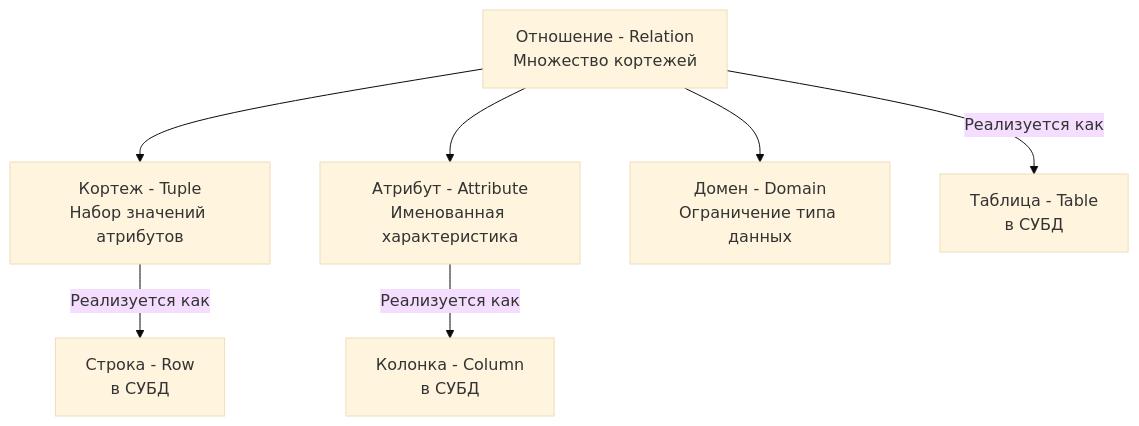
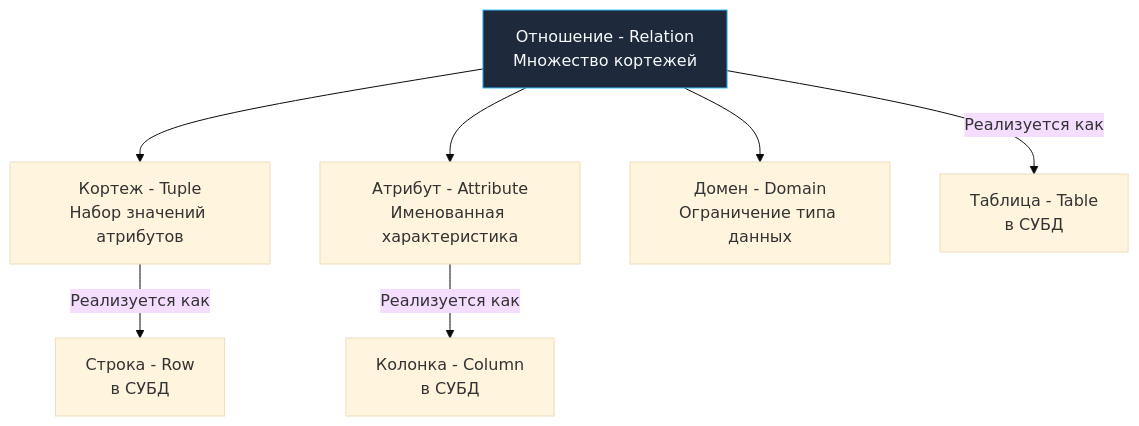
The diagram in sources/12. Базы данных/01. Введение и фундамент/4. Реляционная модель данных. Основы.md (UnrealTemplier/go-textbook), drawn with Mermaid (base theme) before and after one commit. The commit also changed 1666 other files, not shown here.

First line of the commit message:
feat(mermaid): add semantic color classDef to 1369 colorless flowchart/graph diagrams

````diff
--- a/sources/12. Базы данных/01. Введение и фундамент/4. Реляционная модель данных. Основы.md
+++ b/sources/12. Базы данных/01. Введение и фундамент/4. Реляционная модель данных. Основы.md
@@ -23,11 +23,21 @@
 ```mermaid
 flowchart TD
-    Rel["Отношение - Relation<br>Множество кортежей"]
+    classDef process  fill:#1e293b,stroke:#38bdf8,stroke-width:1px,color:#f8fafc
+    classDef success  fill:#064e3b,stroke:#34d399,stroke-width:1px,color:#f8fafc
+    classDef error    fill:#7f1d1d,stroke:#f87171,stroke-width:1px,color:#f8fafc
+    classDef warning  fill:#78350f,stroke:#fbbf24,stroke-width:1px,color:#f8fafc
+    classDef entry    fill:#1e3a5f,stroke:#38bdf8,stroke-width:2px,color:#f8fafc
+    classDef aux      fill:#334155,stroke:#64748b,stroke-width:1px,color:#f8fafc
+    classDef system   fill:#312e81,stroke:#a78bfa,stroke-width:1px,color:#f8fafc
+    classDef data     fill:#132d29,stroke:#2dd4bf,stroke-width:1px,color:#f8fafc
+    classDef network  fill:#881337,stroke:#fb7185,stroke-width:1px,color:#f8fafc
+    classDef accent   fill:#1e1b4b,stroke:#818cf8,stroke-width:1px,color:#f8fafc
+    Rel["Отношение - Relation<br>Множество кортежей"]:::process
     Rel --> Tuple["Кортеж - Tuple<br>Набор значений атрибутов"]
     Rel --> Attr["Атрибут - Attribute<br>Именованная характеристика"]
     Rel --> Domain["Домен - Domain<br>Ограничение типа данных"]
     
     Tuple -->|"Реализуется как"| Row["Строка - Row<br>в СУБД"]
     Attr -->|"Реализуется как"| Col["Колонка - Column<br>в СУБД"]
     Rel -->|"Реализуется как"| Table["Таблица - Table<br>в СУБД"]
 ```
````
